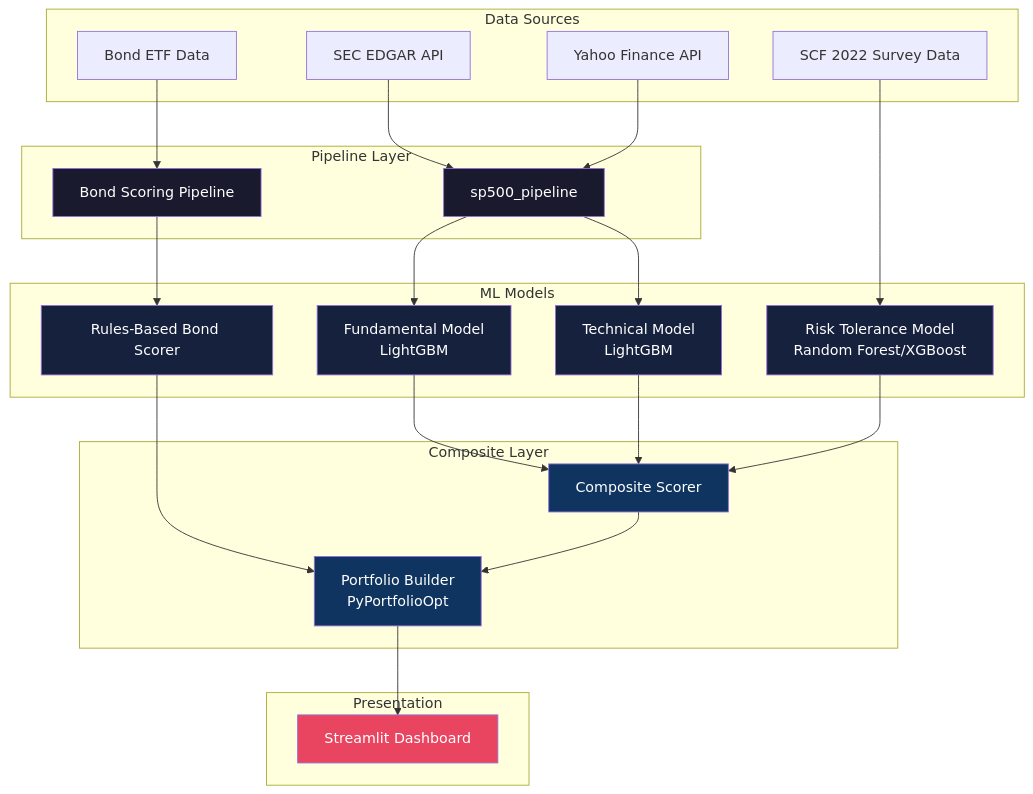
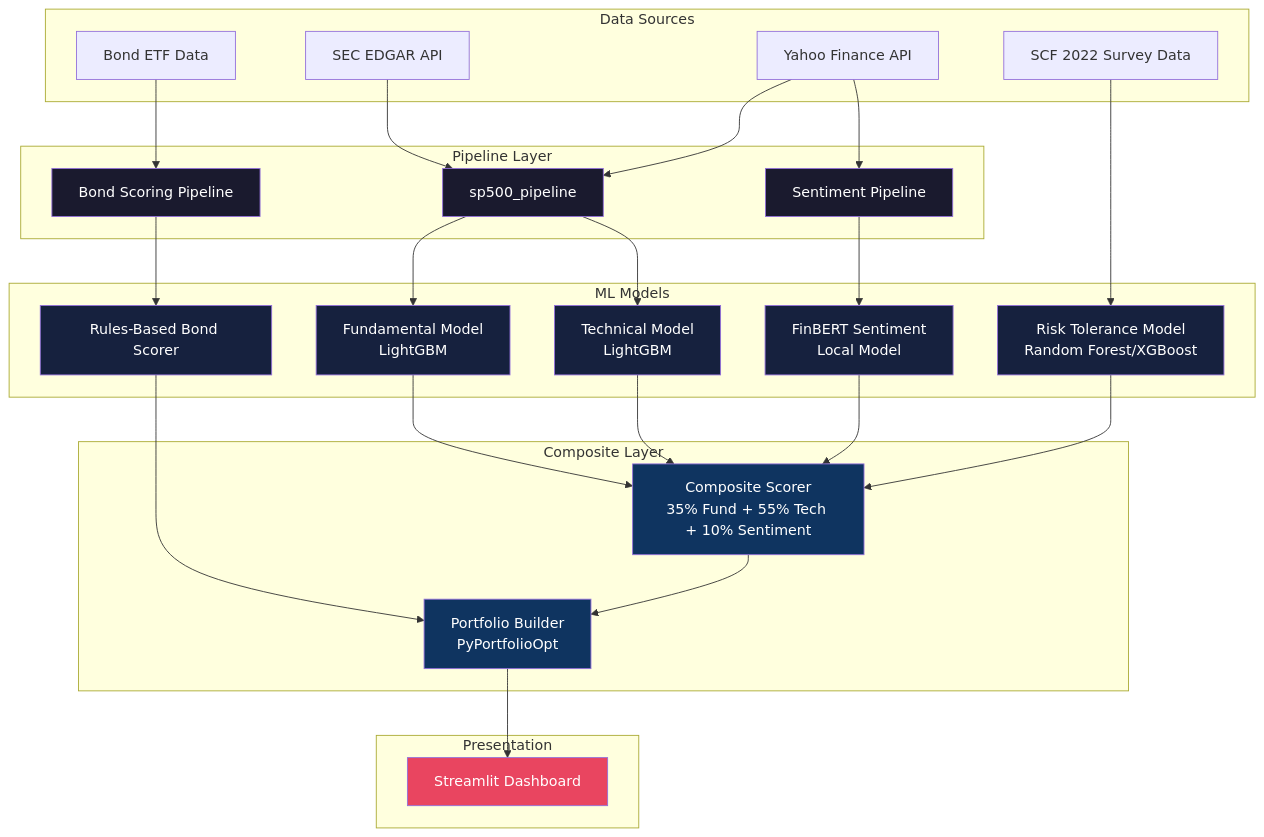
Before and after one commit to HansalBhangale/data: the first of 10 diagrams in README.md, drawn with Mermaid. The commit also changed other lines of this file and 14 other files, not shown here.

Commit message:
feat:Implemented sentiment analysis to the composite score

````diff
--- a/README.md
+++ b/README.md
@@ -9,54 +9,62 @@
 ```mermaid
 flowchart TB
     subgraph "Data Sources"
         SEC[SEC EDGAR API]
         YF[Yahoo Finance API]
         SCF[SCF 2022 Survey Data]
         BD[Bond ETF Data]
     end
 
     subgraph "Pipeline Layer"
         Pipe[sp500_pipeline]
         BondPipe[Bond Scoring Pipeline]
+        SentPipe[Sentiment Pipeline]
     end
 
     subgraph "ML Models"
         FundML[Fundamental Model<br/>LightGBM]
         TechML[Technical Model<br/>LightGBM]
         RiskML[Risk Tolerance Model<br/>Random Forest/XGBoost]
         BondScorer[Rules-Based Bond Scorer]
+        SentML[FinBERT Sentiment<br/>Local Model]
     end
 
     subgraph "Composite Layer"
-        Comp[Composite Scorer]
+        Comp[Composite Scorer<br/>35% Fund + 55% Tech + 10% Sentiment]
         Port[Portfolio Builder<br/>PyPortfolioOpt]
     end
 
     subgraph "Presentation"
         GUI[Streamlit Dashboard]
     end
 
     SEC --> Pipe
     YF --> Pipe
+    YF --> SentPipe
     Pipe --> FundML
     Pipe --> TechML
     SCF --> RiskML
     BD --> BondPipe
+    SentPipe --> SentML
     BondPipe --> BondScorer
     FundML --> Comp
     TechML --> Comp
+    SentML --> Comp
     RiskML --> Comp
     BondScorer --> Port
     Comp --> Port
     Port --> GUI
 
     style Pipe fill:#1a1a2e,color:#fff
     style BondPipe fill:#1a1a2e,color:#fff
+    style SentPipe fill:#1a1a2e,color:#fff
     style FundML fill:#16213e,color:#fff
     style TechML fill:#16213e,color:#fff
     style RiskML fill:#16213e,color:#fff
     style BondScorer fill:#16213e,color:#fff
+    style SentML fill:#16213e,color:#fff
     style Comp fill:#0f3460,color:#fff
     style Port fill:#0f3460,color:#fff
     style GUI fill:#e94560,color:#fff
+    style GUI fill:#e94560,color:#fff
 ```
````
